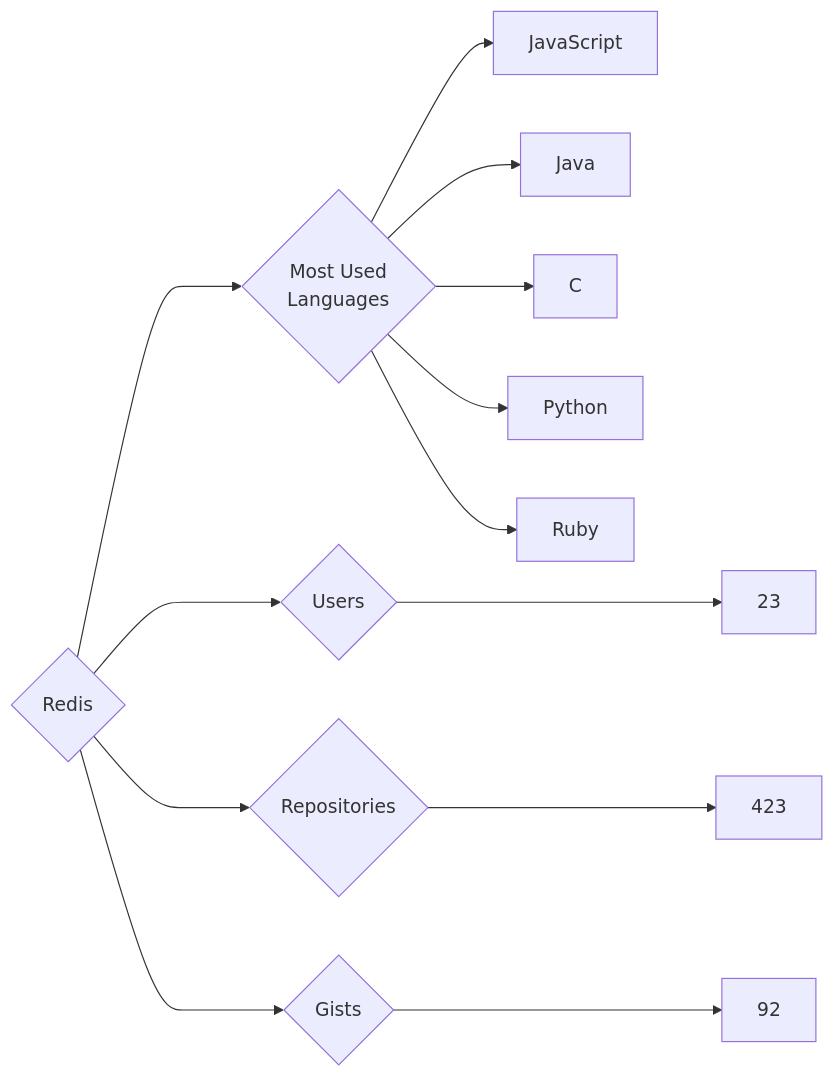
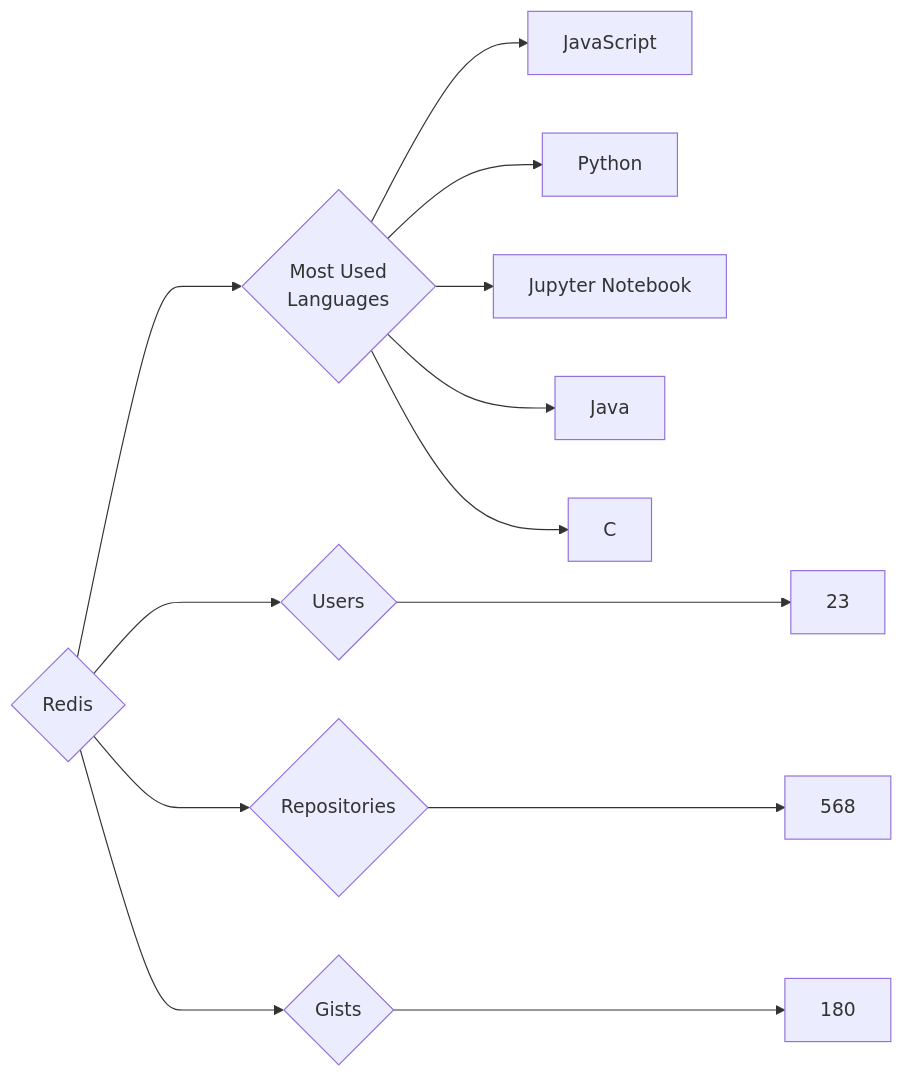
One commit to trickest/insiders changed the diagram in targets/Redis/README.md. Above: the diagram before and after it, drawn with Mermaid. The commit also changed 1011 other files, not shown here.

````diff
--- a/targets/Redis/README.md
+++ b/targets/Redis/README.md
@@ -3,13 +3,13 @@
 ```mermaid
 graph LR
 COMPANY_NAME{Redis}
 COMPANY_NAME ---> U{Users} ---> UN[23]
-COMPANY_NAME ---> R{Repositories} ---> RN[423]
-COMPANY_NAME ---> G{Gists} ---> GN[92]
+COMPANY_NAME ---> R{Repositories} ---> RN[568]
+COMPANY_NAME ---> G{Gists} ---> GN[180]
 COMPANY_NAME ---> ML{Most Used<br>Languages}
 ML --> JavaScript[JavaScript]
+ML --> Python[Python]
+ML --> Jupyter_Notebook[Jupyter Notebook]
 ML --> Java[Java]
 ML --> C[C]
-ML --> Python[Python]
-ML --> Ruby[Ruby]
 ```
````
